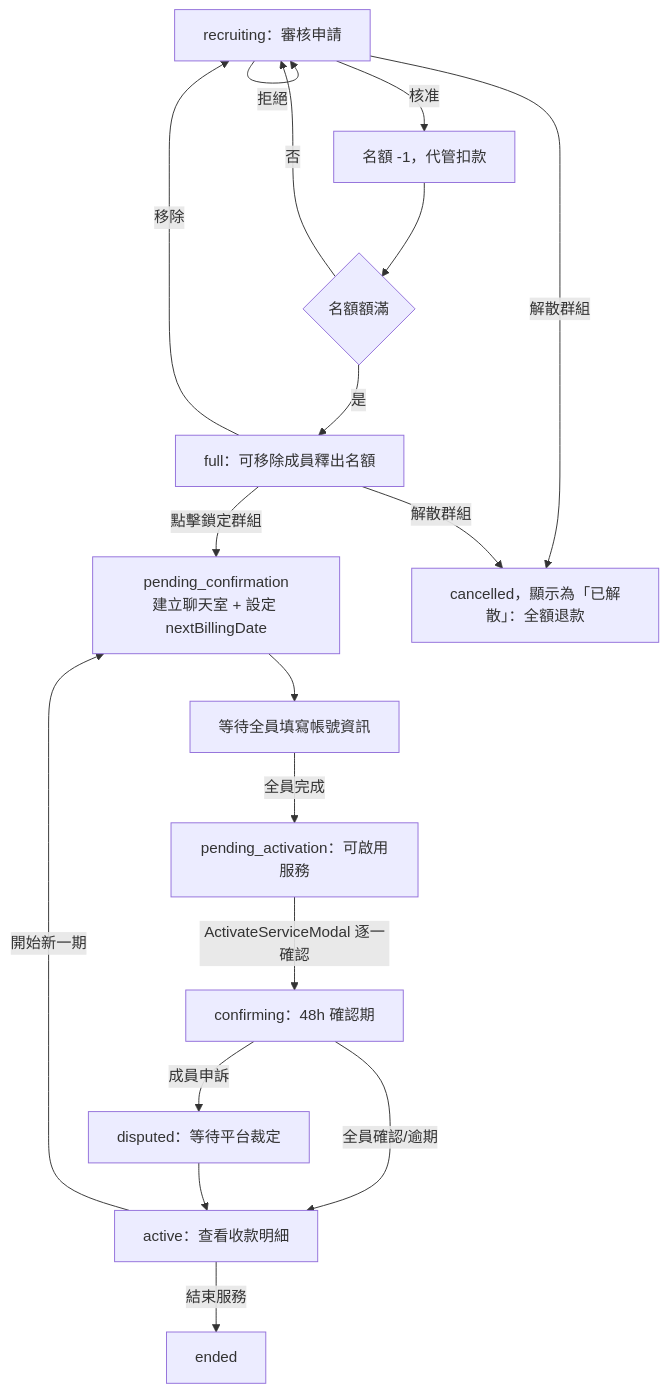
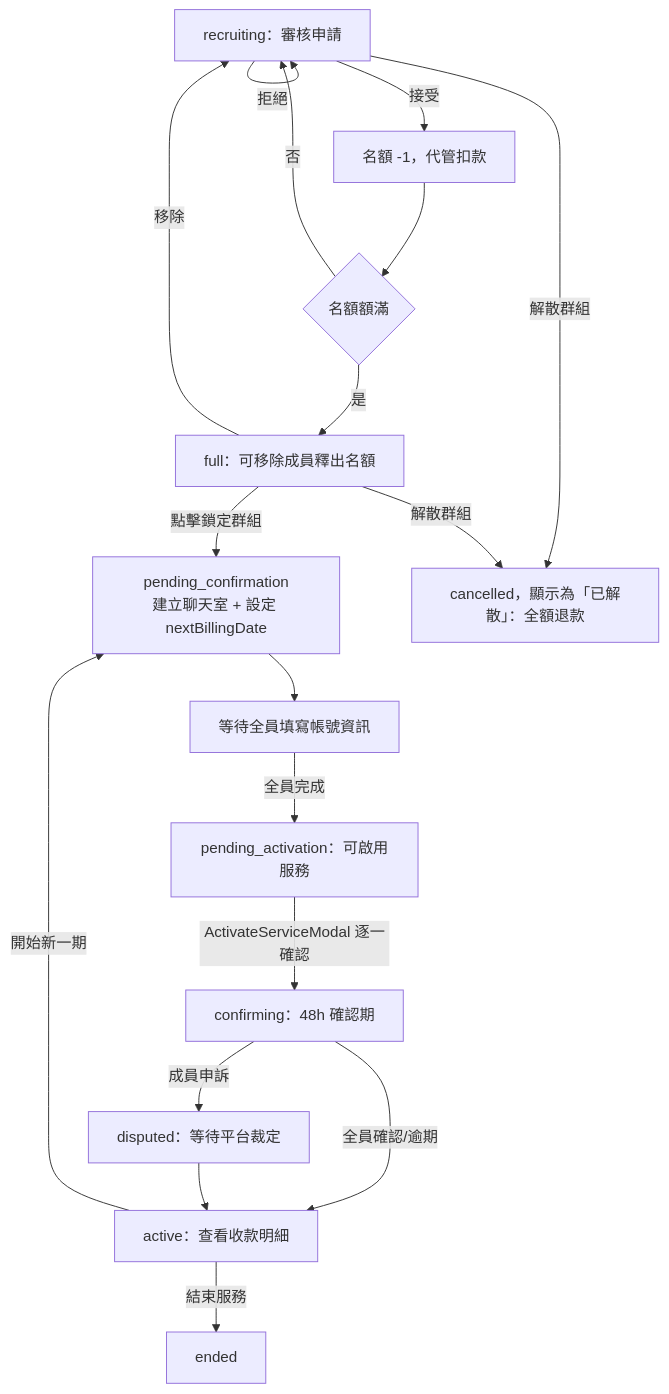
The diagram in docs/flows/my-groups-host-flow.md (s1092055/PartyMatch), drawn with Mermaid before and after one commit. The commit also changed other lines of this file and 63 other files, not shown here.

````diff
--- a/docs/flows/my-groups-host-flow.md
+++ b/docs/flows/my-groups-host-flow.md
@@ -8,20 +8,20 @@
 ```mermaid
 flowchart TD
-    A[recruiting：審核申請] -->|核准| B[名額 -1，代管扣款]
+    A[recruiting：審核申請] -->|接受| B[名額 -1，代管扣款]
     A -->|拒絕| A
     B --> C{名額額滿}
     C -->|是| D[full：可移除成員釋出名額]
     C -->|否| A
     D -->|移除| A
     D -->|點擊鎖定群組| E[pending_confirmation\n建立聊天室 + 設定 nextBillingDate]
     E --> F[等待全員填寫帳號資訊]
     F -->|全員完成| G[pending_activation：可啟用服務]
     G -->|ActivateServiceModal 逐一確認| H[confirming：48h 確認期]
     H -->|全員確認/逾期| I[active：查看收款明細]
     H -->|成員申訴| J[disputed：等待平台裁定]
     J --> I
     I -->|開始新一期| E
     I -->|結束服務| K[ended]
     A -->|解散群組| L[cancelled，顯示為「已解散」：全額退款]
     D -->|解散群組| L
 ```
````
